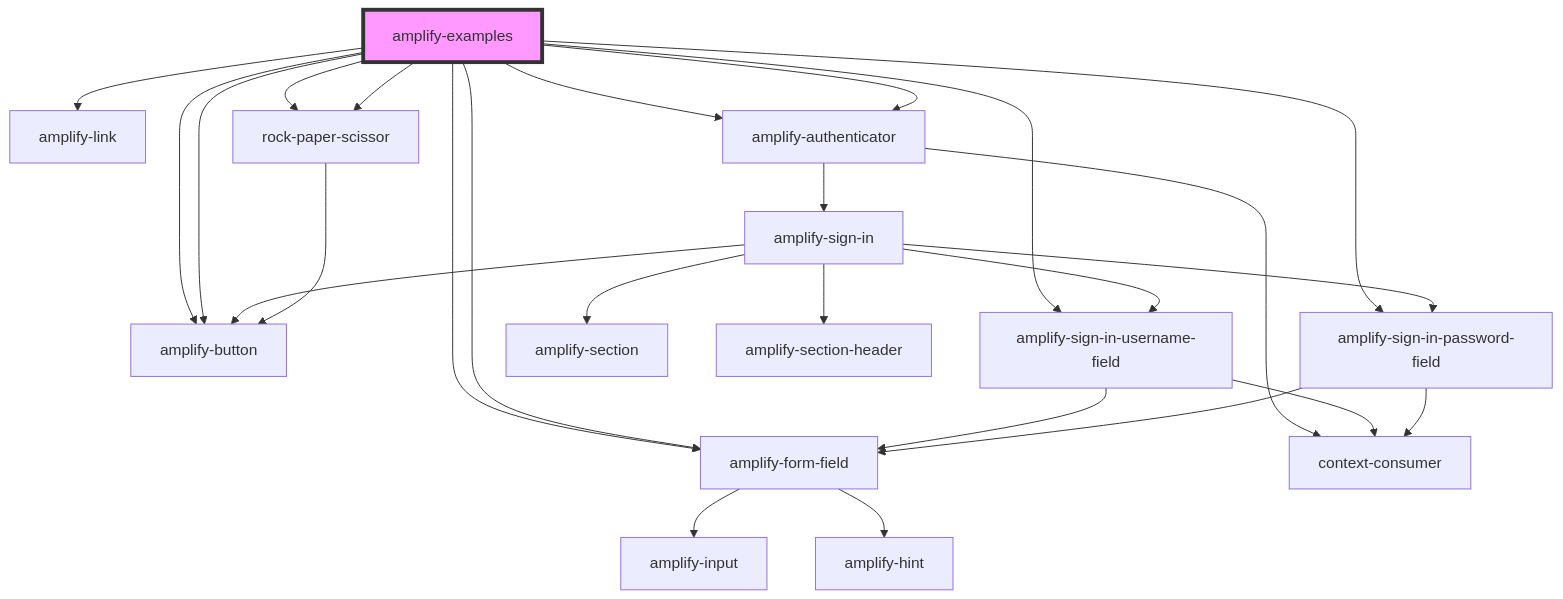
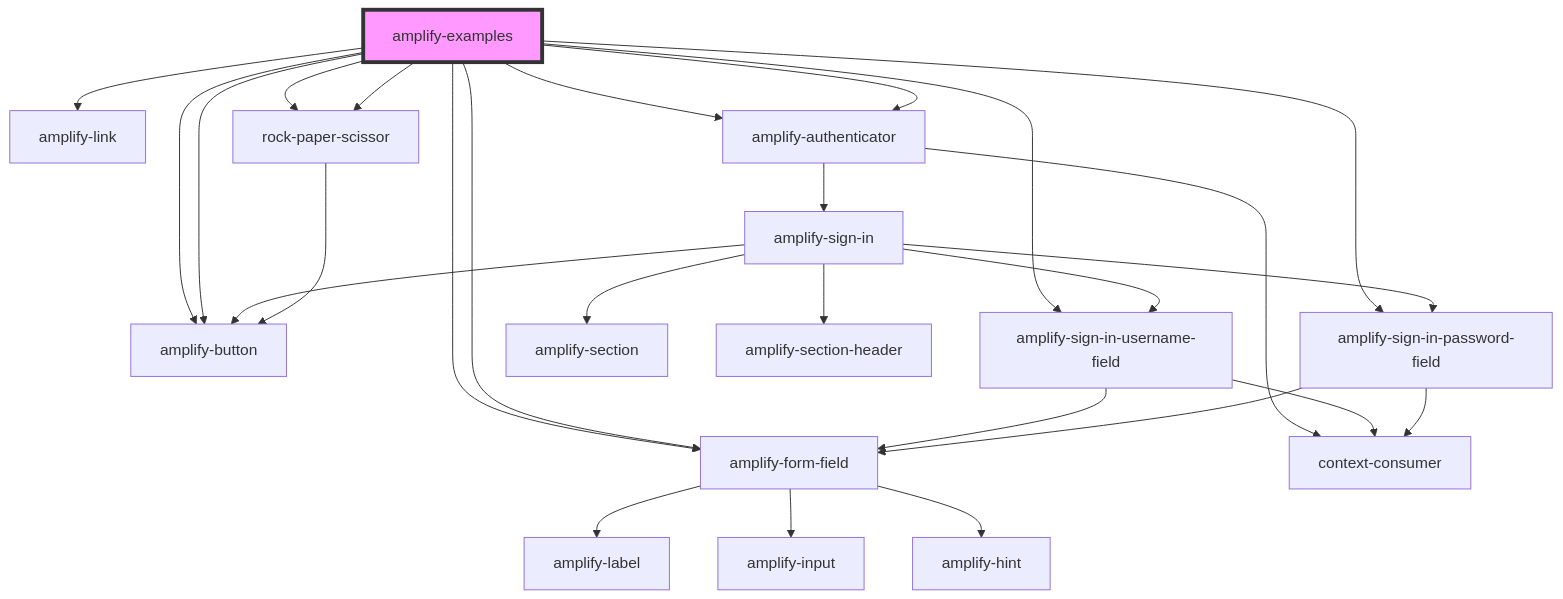
The diagram in packages/amplify-ui-components/src/components/amplify-examples/readme.md (OneDev0411/amplify-js), drawn with Mermaid before and after one commit. The commit also changed 23 other files, not shown here.

Commit message:
Make PR changes thanks to @jordanranz; add placeholder prop to input and form-field components (with tests)

````diff
--- a/packages/amplify-ui-components/src/components/amplify-examples/readme.md
+++ b/packages/amplify-ui-components/src/components/amplify-examples/readme.md
@@ -25,29 +25,30 @@
 ```mermaid
 graph TD;
   amplify-examples --> amplify-form-field
   amplify-examples --> amplify-form-field
   amplify-examples --> amplify-button
   amplify-examples --> amplify-link
   amplify-examples --> amplify-authenticator
   amplify-examples --> amplify-sign-in-username-field
   amplify-examples --> amplify-sign-in-password-field
   amplify-examples --> amplify-button
   amplify-examples --> amplify-authenticator
   amplify-examples --> rock-paper-scissor
   amplify-examples --> rock-paper-scissor
+  amplify-form-field --> amplify-label
   amplify-form-field --> amplify-input
   amplify-form-field --> amplify-hint
   amplify-authenticator --> amplify-sign-in
   amplify-authenticator --> context-consumer
   amplify-sign-in --> amplify-section
   amplify-sign-in --> amplify-section-header
   amplify-sign-in --> amplify-sign-in-username-field
   amplify-sign-in --> amplify-sign-in-password-field
   amplify-sign-in --> amplify-button
   amplify-sign-in-username-field --> amplify-form-field
   amplify-sign-in-username-field --> context-consumer
   amplify-sign-in-password-field --> amplify-form-field
   amplify-sign-in-password-field --> context-consumer
   rock-paper-scissor --> amplify-button
   style amplify-examples fill:#f9f,stroke:#333,stroke-width:4px
 ```
````
